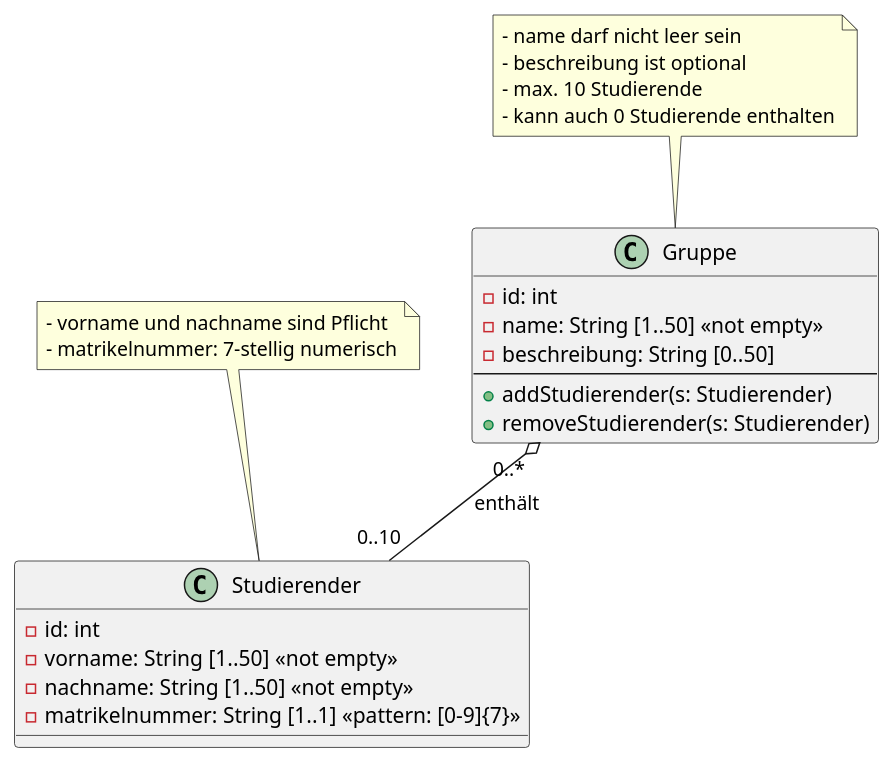
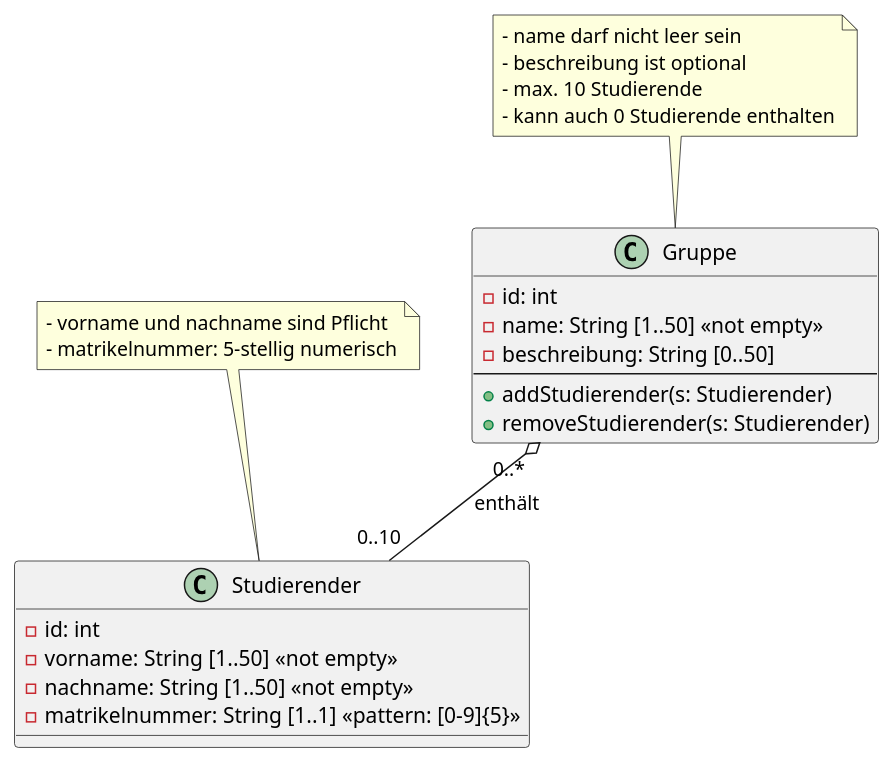
Before and after one commit to HTW-Dresden-Software-Engineering/ui-development: the diagram in diagrams/student-group-management.puml, drawn with PlantUML. The commit also changed 1 other file, not shown here.

```diff
--- a/diagrams/student-group-management.puml
+++ b/diagrams/student-group-management.puml
@@ -1,31 +1,31 @@
 @startuml
 class Gruppe {
   - id: int
   - name: String [1..50] <<not empty>>
   - beschreibung: String [0..50]
   --
   + addStudierender(s: Studierender)
   + removeStudierender(s: Studierender)
 }
 
 class Studierender {
   - id: int
   - vorname: String [1..50] <<not empty>>
   - nachname: String [1..50] <<not empty>>
-  - matrikelnummer: String [1..1] <<pattern: [0-9]{7}>>
+  - matrikelnummer: String [1..1] <<pattern: [0-9]{5}>>
 }
 
 Gruppe "0..*" o-- "0..10" Studierender : enthält
 
 note top of Gruppe
 - name darf nicht leer sein
 - beschreibung ist optional
 - max. 10 Studierende
 - kann auch 0 Studierende enthalten
 end note
 
 note top of Studierender
 - vorname und nachname sind Pflicht
-- matrikelnummer: 7-stellig numerisch
+- matrikelnummer: 5-stellig numerisch
 end note
 @enduml
```
